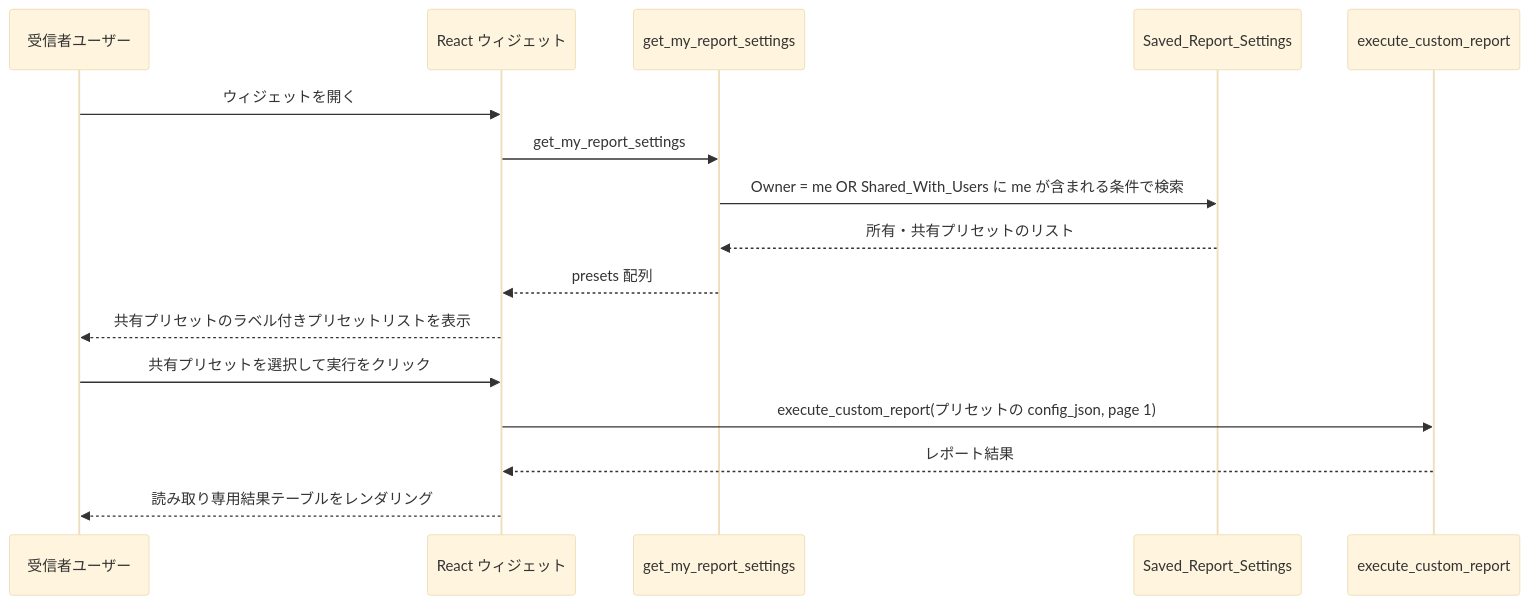
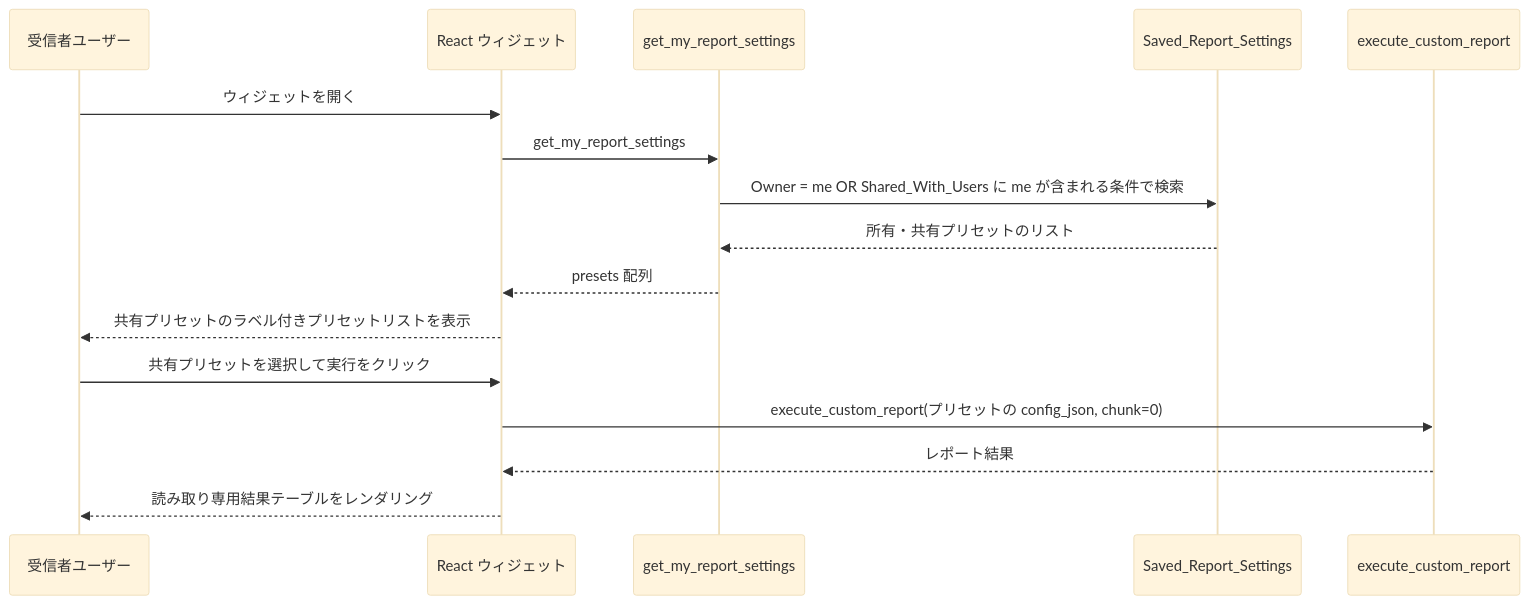
One commit to funai-vivek-jaiswal/zoho-report-builder changed the third of 5 diagrams in design/LLD_custom_report_ja.md. Above: the diagram before and after it, drawn with Mermaid (base theme). The commit also changed other lines of this file and 3 other files, not shown here.

````diff
--- a/design/LLD_custom_report_ja.md
+++ b/design/LLD_custom_report_ja.md
@@ -473,19 +473,19 @@
 ```mermaid
 sequenceDiagram
     participant U2 as 受信者ユーザー
     participant FE as React ウィジェット
     participant DG as get_my_report_settings
     participant SRS as Saved_Report_Settings
     participant DF as execute_custom_report
 
     U2->>FE: ウィジェットを開く
     FE->>DG: get_my_report_settings
     DG->>SRS: Owner = me OR Shared_With_Users に me が含まれる条件で検索
     SRS-->>DG: 所有・共有プリセットのリスト
     DG-->>FE: presets 配列
     FE-->>U2: 共有プリセットのラベル付きプリセットリストを表示
     U2->>FE: 共有プリセットを選択して実行をクリック
-    FE->>DF: execute_custom_report(プリセットの config_json, page 1)
+    FE->>DF: execute_custom_report(プリセットの config_json, chunk=0)
     DF-->>FE: レポート結果
     FE-->>U2: 読み取り専用結果テーブルをレンダリング
 ```
````
